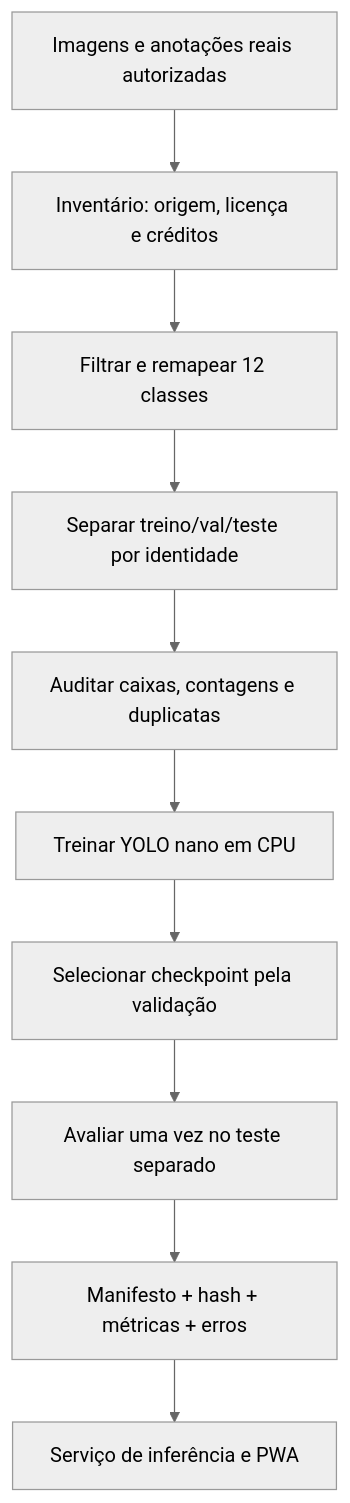
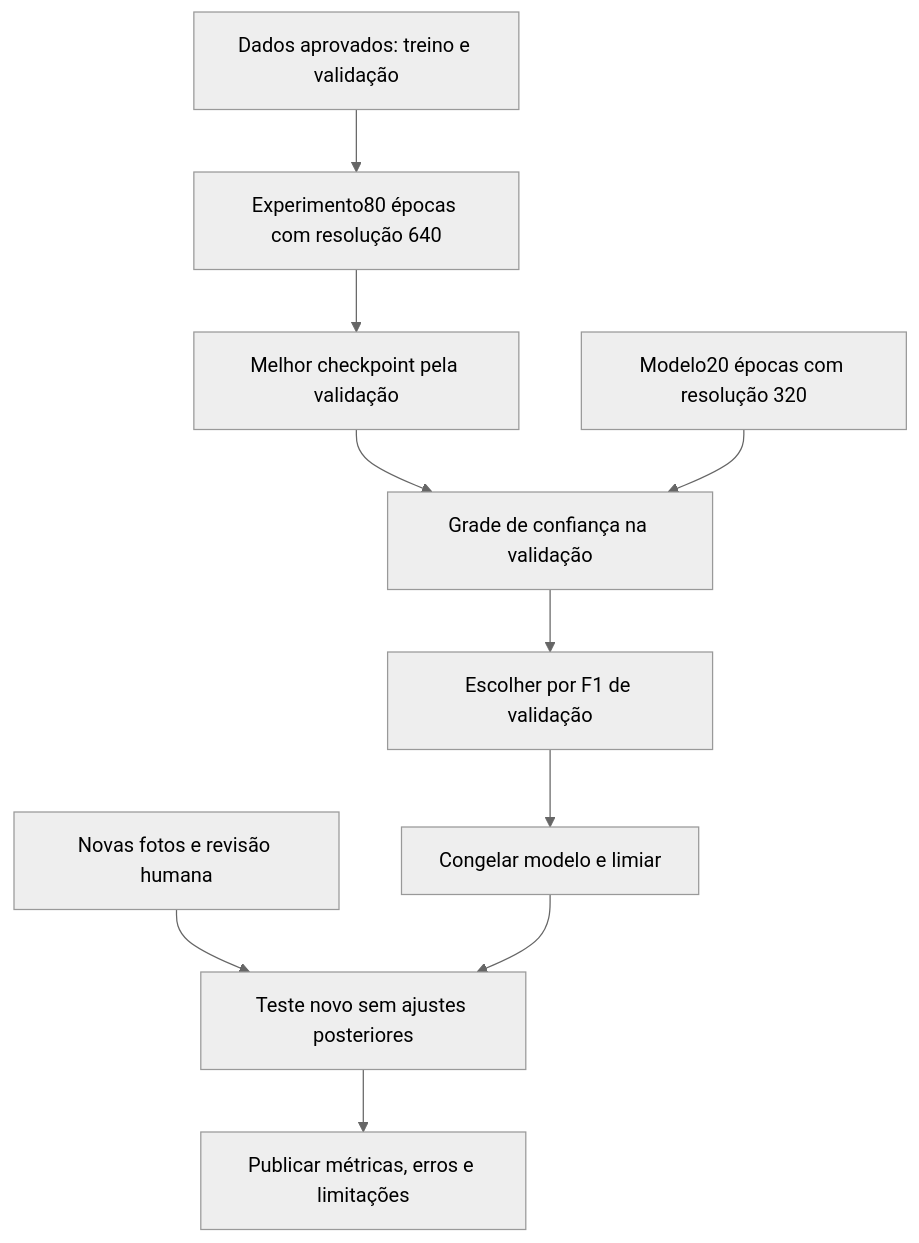
The second of 2 diagrams in docs/PRD_GENAI_VISION.md (Acolhe-Projeto/Acolhe---GS8), drawn with Mermaid (neutral theme) before and after one commit. The commit also changed other lines of this file and 31 other files, not shown here.

````diff
--- a/docs/PRD_GENAI_VISION.md
+++ b/docs/PRD_GENAI_VISION.md
@@ -85,12 +69,12 @@
 ```mermaid
 flowchart TD
-    A[Imagens e anotações reais autorizadas] --> B[Inventário: origem, licença e créditos]
-    B --> C[Filtrar e remapear 12 classes]
-    C --> D[Separar treino/val/teste por identidade]
-    D --> E[Auditar caixas, contagens e duplicatas]
-    E --> F[Treinar YOLO nano em CPU]
-    F --> G[Selecionar checkpoint pela validação]
-    G --> H[Avaliar uma vez no teste separado]
-    H --> I[Manifesto + hash + métricas + erros]
-    I --> J[Serviço de inferência e PWA]
+    D[Dados aprovados: treino e validação] --> T[Experimento80 épocas com resolução 640]
+    T --> B[Melhor checkpoint pela validação]
+    B --> C[Grade de confiança na validação]
+    O[Modelo20 épocas com resolução 320] --> C
+    C --> S[Escolher por F1 de validação]
+    S --> F[Congelar modelo e limiar]
+    N[Novas fotos e revisão humana] --> E[Teste novo sem ajustes posteriores]
+    F --> E
+    E --> P[Publicar métricas, erros e limitações]
 ```
````
